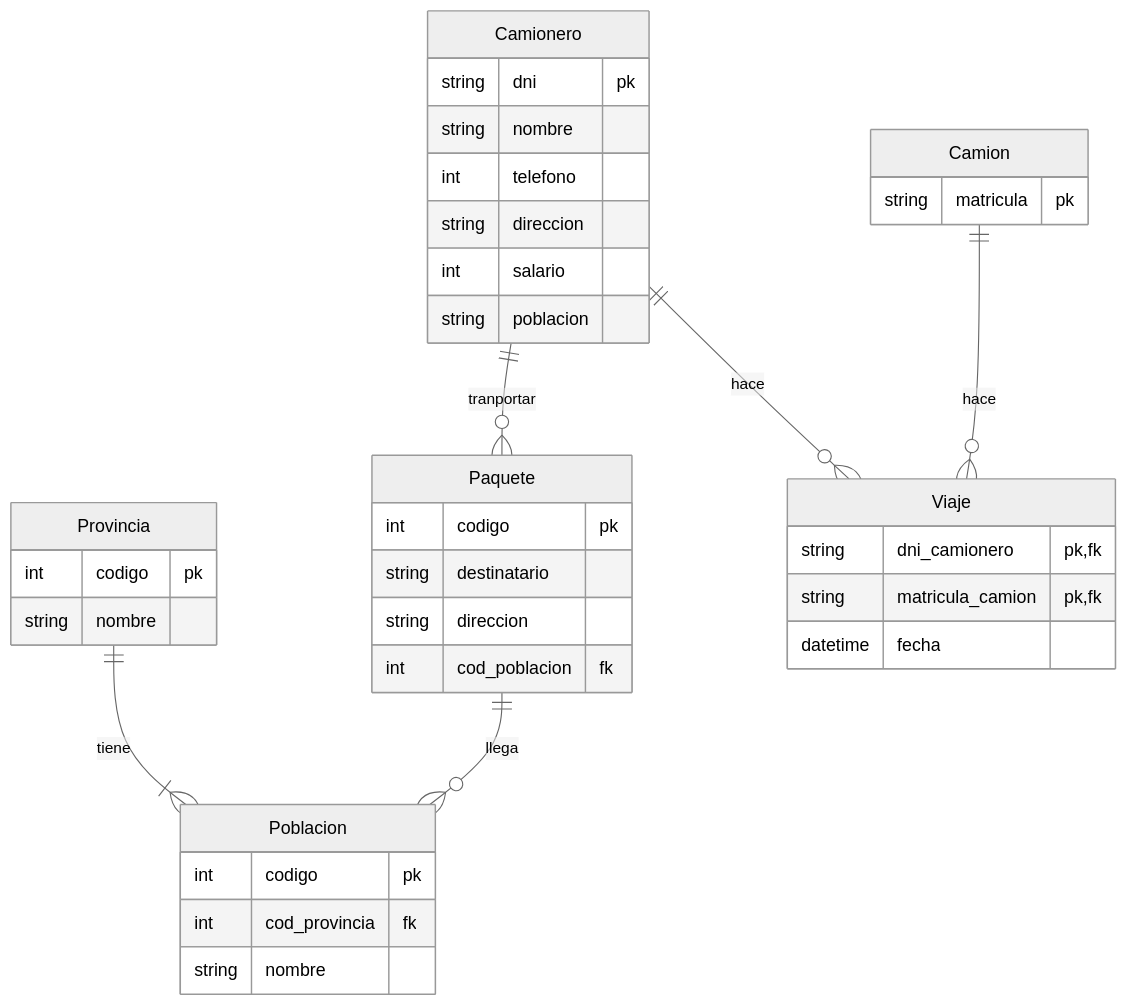
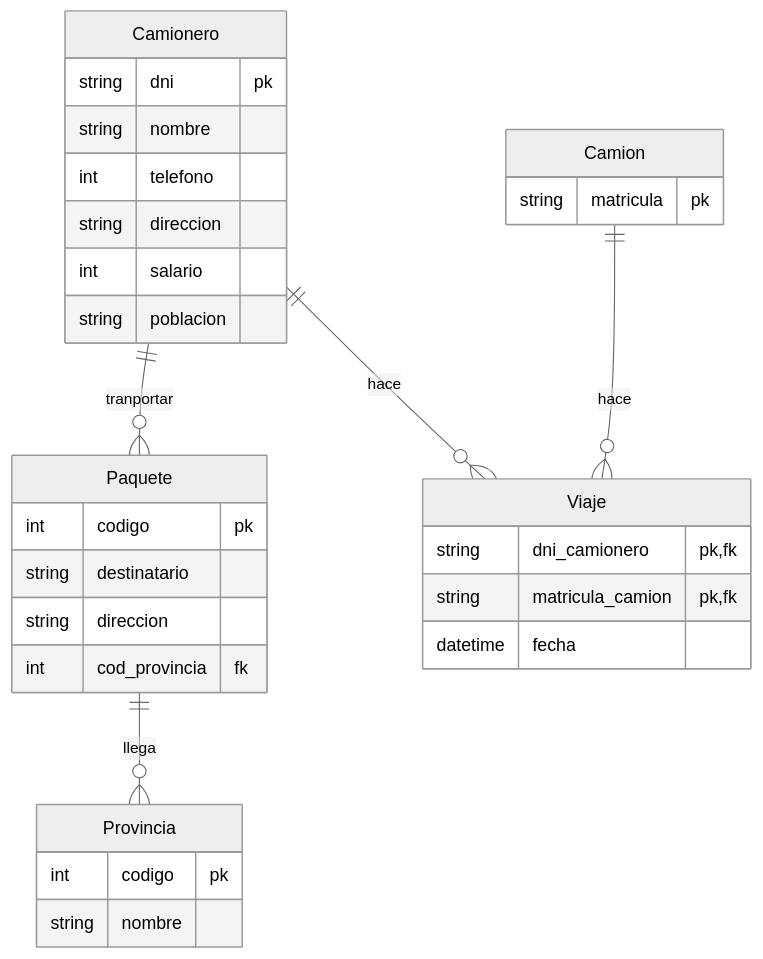
One commit to mmourazos/Curso-2024-2025 changed the diagram in docs/GBD/UD 03 - Modelo relacional/Ejercicios/Ejercicio 2.md. Above: the diagram before and after it, drawn with Mermaid (neutral theme). The commit also changed 1 other file, not shown here.

Commit message:
Correccion de ejericicios.

````diff
--- a/docs/GBD/UD 03 - Modelo relacional/Ejercicios/Ejercicio 2.md
+++ b/docs/GBD/UD 03 - Modelo relacional/Ejercicios/Ejercicio 2.md
@@ -26,48 +26,40 @@
 ```mermaid
 erDiagram
 
 Camionero {
    string dni pk
    string nombre
    int telefono
    string direccion
    int salario
    string poblacion
 }
 
 Camion {
    string matricula pk
 }
 
 Paquete {
    int codigo pk
    string destinatario
    string direccion
-   int cod_poblacion fk
+   int cod_provincia fk
 }
 
 Provincia {
    int codigo pk
-   string nombre
-}
-
-Poblacion {
-   int codigo pk
-   int cod_provincia fk
    string nombre
 }
 
 Viaje {
    string dni_camionero pk, fk
    string matricula_camion pk, fk
    datetime fecha
 }
 
 Camion ||--o{ Viaje: hace
 Camionero ||--o{ Viaje: hace
 Camionero ||--o{ Paquete: tranportar
 
-Paquete ||--o{ Poblacion: llega
-
-Provincia ||--|{ Poblacion: tiene
+Paquete ||--o{ Provincia: llega
 ```
````
